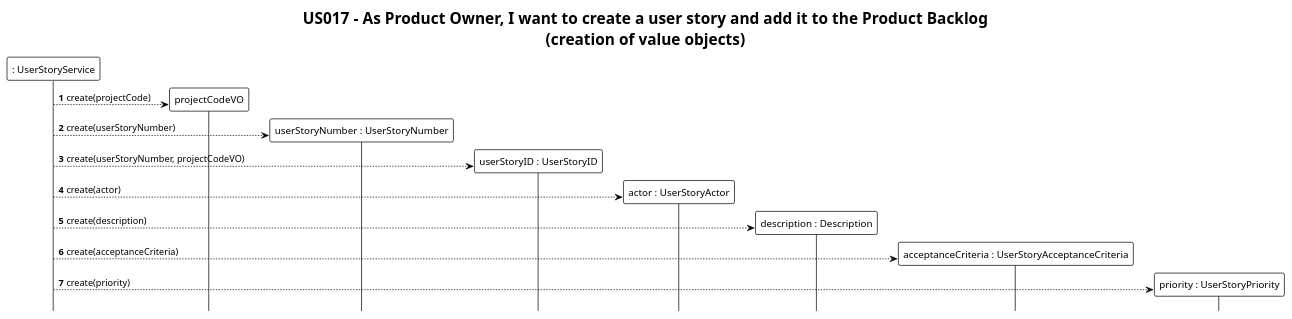
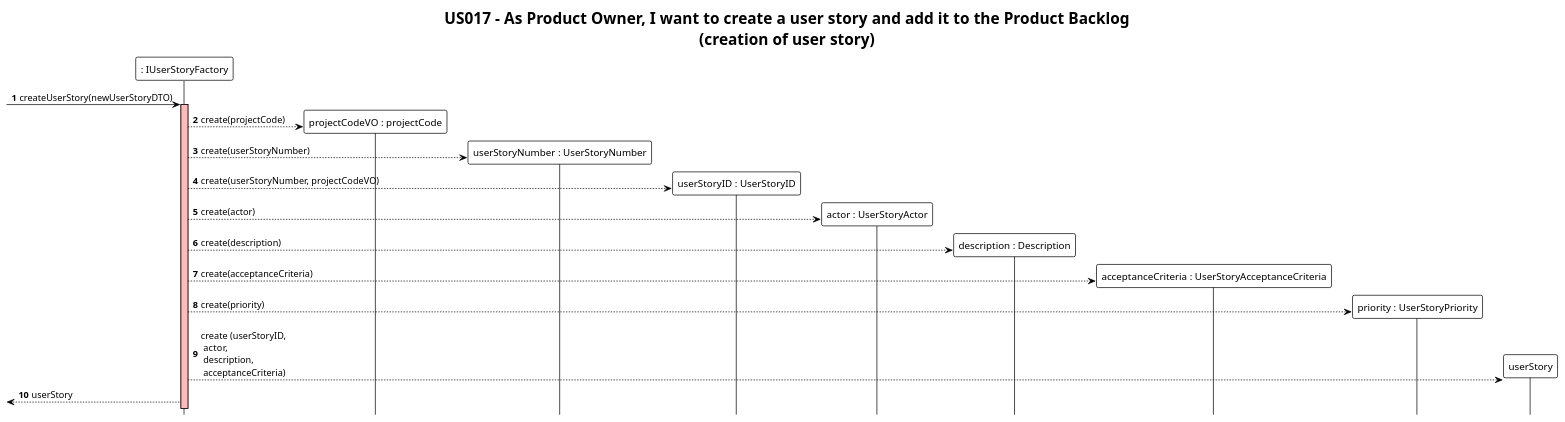
The diagram in docs/modelling_design/user_stories/us017/US017_CreateUserStorySD3.puml (ivo-menezes/project_g3), drawn with PlantUML before and after one commit. The commit also changed 1 other file, not shown here.

Commit message:
US017: Design: update sequence diagrams (addresses #118)

```diff
--- a/docs/modelling_design/user_stories/us017/US017_CreateUserStorySD3.puml
+++ b/docs/modelling_design/user_stories/us017/US017_CreateUserStorySD3.puml
@@ -1,21 +1,27 @@
 @startuml
 !theme plain
 hide footbox
 autonumber
 
 skinparam sequence{
 LifeLineBackgroundColor #FFBBBB
 }
 
-title US017 - As Product Owner, I want to create a user story and add it to the Product Backlog\n(creation of value objects)
+title US017 - As Product Owner, I want to create a user story and add it to the Product Backlog\n(creation of user story)
 
-participant ": UserStoryService" as service
+participant ": IUserStoryFactory" as factory
 
-service --> projectCodeVO **: create(projectCode)
-service --> "userStoryNumber : UserStoryNumber" ** : create(userStoryNumber)
-service --> "userStoryID : UserStoryID" ** : create(userStoryNumber, projectCodeVO)
-service --> "actor : UserStoryActor" ** :create(actor)
-service --> "description : Description" ** :create(description)
-service --> "acceptanceCriteria : UserStoryAcceptanceCriteria" ** :create(acceptanceCriteria)
-service --> "priority : UserStoryPriority" ** : create(priority)
+-> factory : createUserStory(newUserStoryDTO)
+activate factory
+factory --> "projectCodeVO : projectCode" **: create(projectCode)
+factory --> "userStoryNumber : UserStoryNumber" ** : create(userStoryNumber)
+factory --> "userStoryID : UserStoryID" ** : create(userStoryNumber, projectCodeVO)
+factory --> "actor : UserStoryActor" ** :create(actor)
+factory --> "description : Description" ** :create(description)
+factory --> "acceptanceCriteria : UserStoryAcceptanceCriteria" ** :create(acceptanceCriteria)
+factory --> "priority : UserStoryPriority" ** : create(priority)
+
+factory --> userStory ** :create (userStoryID,\n actor,\n description, \n acceptanceCriteria)
+
+[<-- factory: userStory
 @enduml
```
